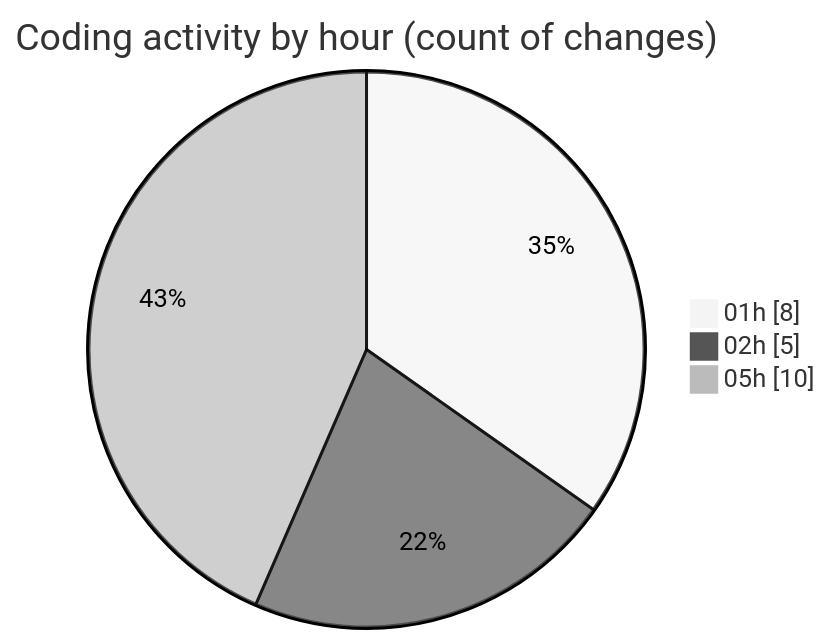
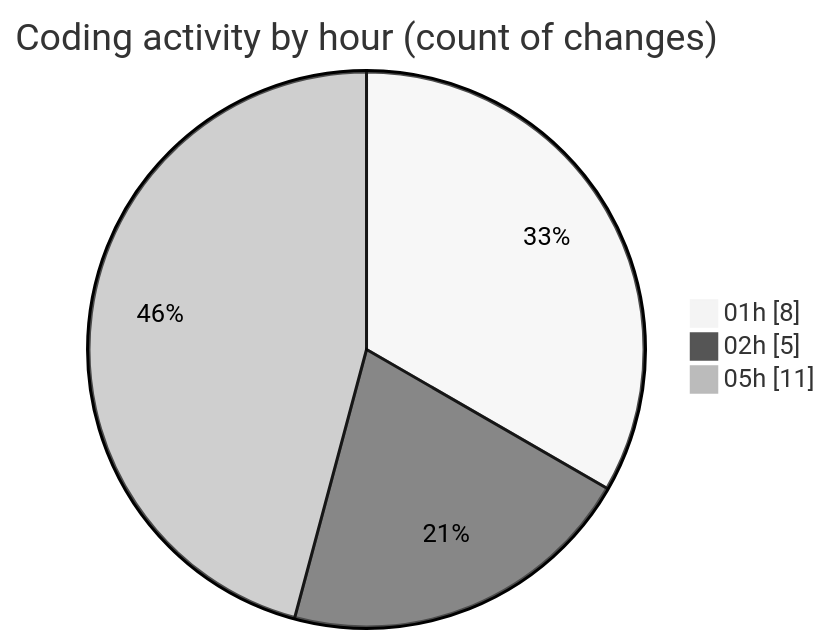
The second of 2 diagrams in 2025-11-21/eventscop-api-guide__workspace_/README.md (julien-gomy/code-tracking), drawn with Mermaid (neutral theme) before and after one commit. The commit also changed other lines of this file and 1 other file, not shown here.

````diff
--- a/2025-11-21/eventscop-api-guide__workspace_/README.md
+++ b/2025-11-21/eventscop-api-guide__workspace_/README.md
@@ -38,7 +38,7 @@
 ```mermaid
 pie showData
 title Coding activity by hour (count of changes)
 "01h" : 8
 "02h" : 5
-"05h" : 10
+"05h" : 11
 ```
````
